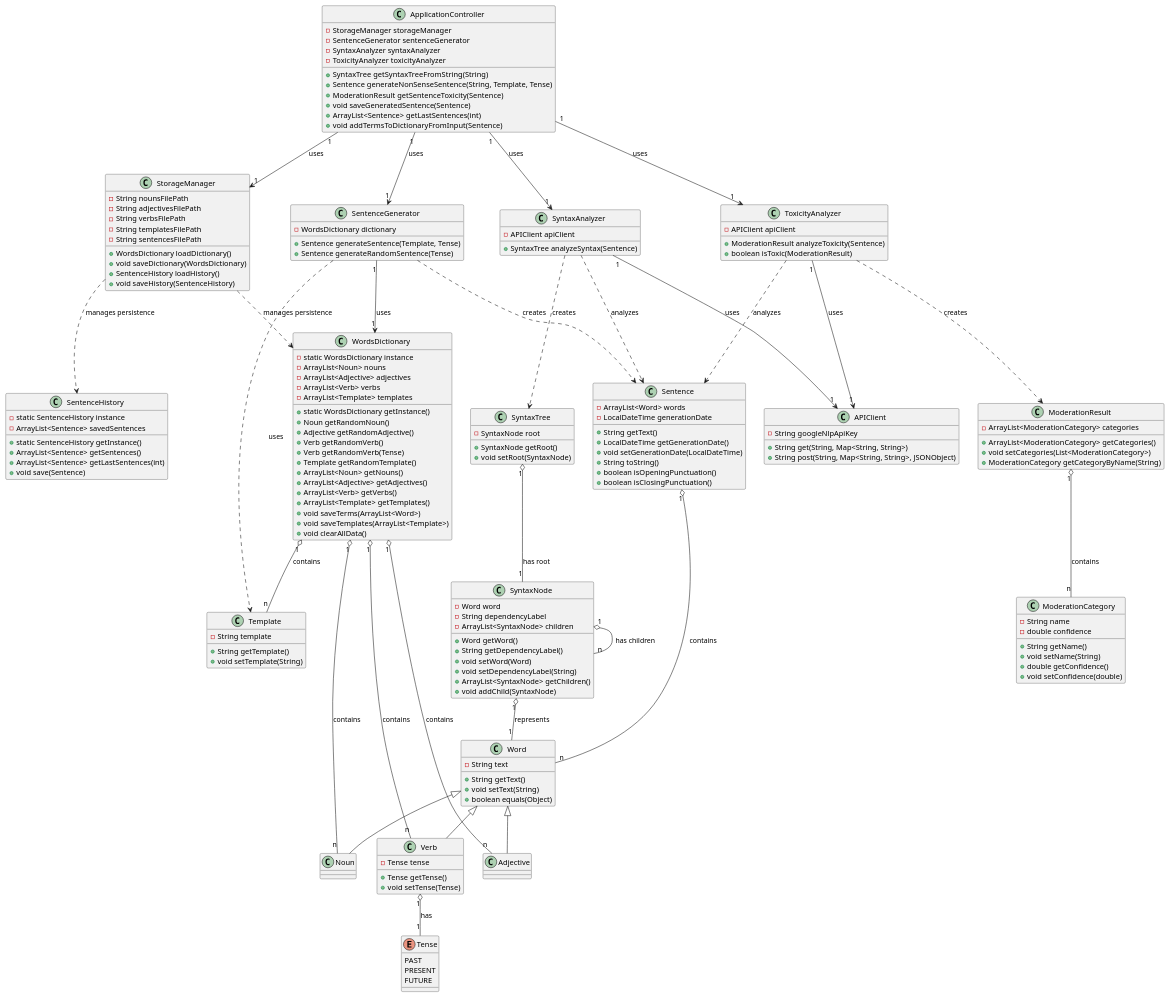
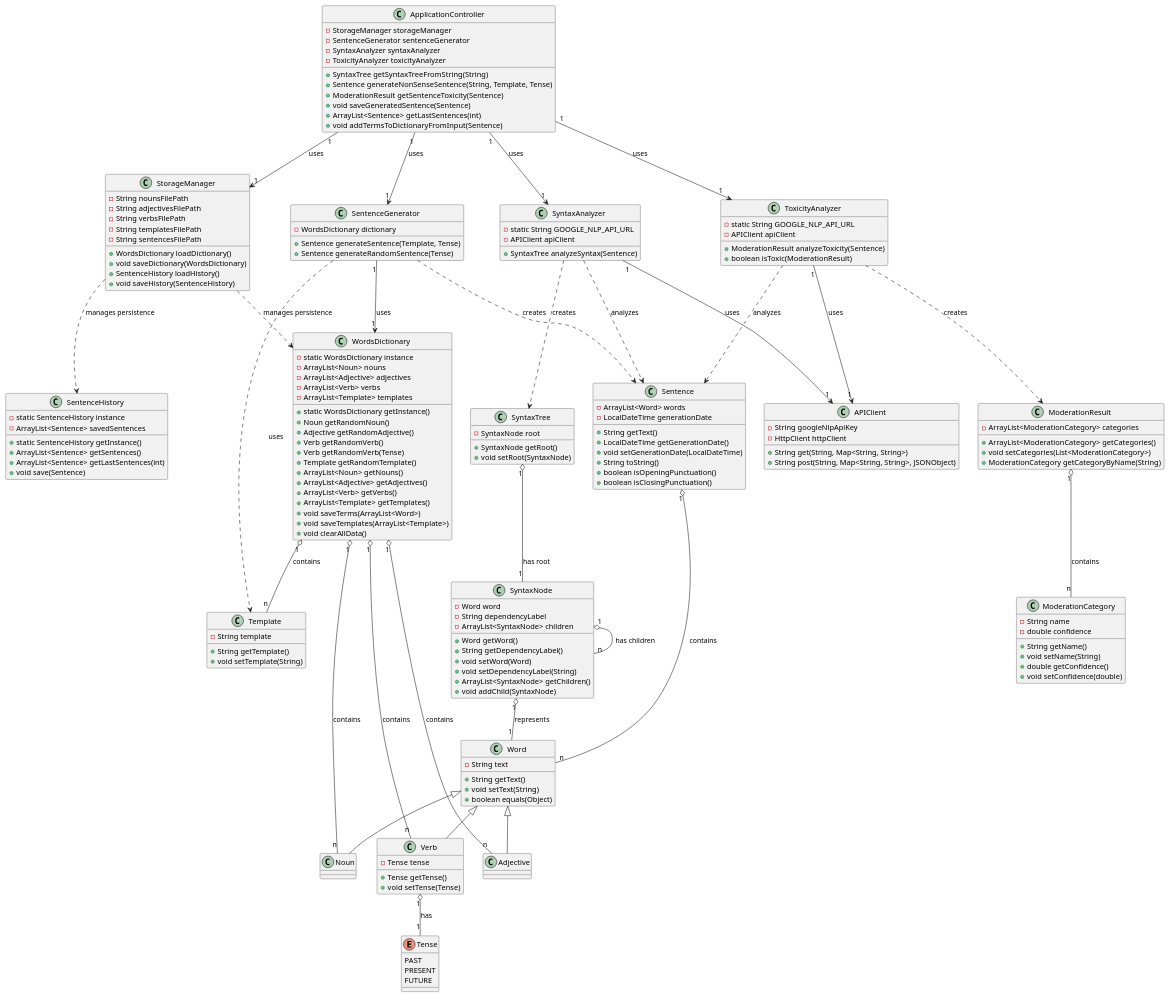
Before and after one commit to liamtoaldo/NonSenseGenerator: the diagram in docs/diagrams/classmodel.plantuml, drawn with PlantUML. The commit also changed 3 other files, not shown here.

```diff
--- a/docs/diagrams/classmodel.plantuml
+++ b/docs/diagrams/classmodel.plantuml
@@ -1,197 +1,200 @@
 @startuml
 
 class Sentence {
     -ArrayList<Word> words
     -LocalDateTime generationDate
     +String getText()
     +LocalDateTime getGenerationDate()
     +void setGenerationDate(LocalDateTime)
     +String toString()
     +boolean isOpeningPunctuation()
     +boolean isClosingPunctuation()
 }
 
 enum Tense {
     PAST
     PRESENT
     FUTURE
 }
 
 class Word {
     -String text
     +String getText()
     +void setText(String)
     +boolean equals(Object)
 }
 
 class Noun extends Word {
 }
 
 class Adjective extends Word {
 }
 
 class Verb extends Word {
     -Tense tense
     +Tense getTense()
     +void setTense(Tense)
 }
 
 class Template {
     -String template
     +String getTemplate()
     +void setTemplate(String)
 }
 
 ' WordsDictionary usa Design Pattern: Singleton
 class WordsDictionary {
     -static WordsDictionary instance
     -ArrayList<Noun> nouns
     -ArrayList<Adjective> adjectives
     -ArrayList<Verb> verbs
     -ArrayList<Template> templates
     +static WordsDictionary getInstance()
     +Noun getRandomNoun()
     +Adjective getRandomAdjective()
     +Verb getRandomVerb()
     +Verb getRandomVerb(Tense)
     +Template getRandomTemplate()
     +ArrayList<Noun> getNouns()
     +ArrayList<Adjective> getAdjectives()
     +ArrayList<Verb> getVerbs()
     +ArrayList<Template> getTemplates()
     +void saveTerms(ArrayList<Word>)
     +void saveTemplates(ArrayList<Template>)
     +void clearAllData()
 }
 
 ' SentenceHistory usa Design Pattern: Singleton
 class SentenceHistory {
     -static SentenceHistory instance
     -ArrayList<Sentence> savedSentences
     +static SentenceHistory getInstance()
     +ArrayList<Sentence> getSentences()
     +ArrayList<Sentence> getLastSentences(int)
     +void save(Sentence)
     
 }
 
 ' SentenceGenerator usa Design Pattern: Factory Method
 class SentenceGenerator {
     -WordsDictionary dictionary
     +Sentence generateSentence(Template, Tense)
     +Sentence generateRandomSentence(Tense)
 }
 
 ' StorageManager agisce come un Data Access Object (DAO) / Repository
 class StorageManager {
     -String nounsFilePath
     -String adjectivesFilePath
     -String verbsFilePath
     -String templatesFilePath
     -String sentencesFilePath
     +WordsDictionary loadDictionary()
     +void saveDictionary(WordsDictionary)
     +SentenceHistory loadHistory()
     +void saveHistory(SentenceHistory)
 }
 
 class APIClient {
     -String googleNlpApiKey
+    -HttpClient httpClient
     +String get(String, Map<String, String>)
     +String post(String, Map<String, String>, JSONObject)
 }
 
 ' SyntaxTree e SyntaxNode formano un pattern Composite
 class SyntaxTree {
     -SyntaxNode root
     +SyntaxNode getRoot()
     +void setRoot(SyntaxNode)
 }
 
 class SyntaxNode {
     -Word word
     -String dependencyLabel
     -ArrayList<SyntaxNode> children
     +Word getWord()
     +String getDependencyLabel()
     +void setWord(Word)
     +void setDependencyLabel(String)
     +ArrayList<SyntaxNode> getChildren()
     +void addChild(SyntaxNode)
 }
 
 class SyntaxAnalyzer {
+    -static String GOOGLE_NLP_API_URL
     -APIClient apiClient
     +SyntaxTree analyzeSyntax(Sentence)
 }
 
 class ModerationCategory {
     -String name
     -double confidence
     +String getName()
     +void setName(String)
     +double getConfidence()
     +void setConfidence(double)
 }
 
 class ModerationResult {
     -ArrayList<ModerationCategory> categories
     +ArrayList<ModerationCategory> getCategories()
     +void setCategories(List<ModerationCategory>)
     +ModerationCategory getCategoryByName(String)
 }
 
 class ToxicityAnalyzer {
+    -static String GOOGLE_NLP_API_URL
     -APIClient apiClient
     +ModerationResult analyzeToxicity(Sentence)
     +boolean isToxic(ModerationResult)
 }
 
 ' ApplicationController implementa il pattern Controller e il pattern Facade
 class ApplicationController {
     -StorageManager storageManager
     -SentenceGenerator sentenceGenerator
     -SyntaxAnalyzer syntaxAnalyzer
     -ToxicityAnalyzer toxicityAnalyzer
     +SyntaxTree getSyntaxTreeFromString(String)
     +Sentence generateNonSenseSentence(String, Template, Tense)
     +ModerationResult getSentenceToxicity(Sentence)
     +void saveGeneratedSentence(Sentence)
     +ArrayList<Sentence> getLastSentences(int)
     +void addTermsToDictionaryFromInput(Sentence)
 }
 
 Sentence "1" o-- "n" Word : contains 
 Verb "1" o-- "1" Tense : has 
 WordsDictionary "1" o-- "n" Noun : contains 
 WordsDictionary "1" o-- "n" Adjective : contains 
 WordsDictionary "1" o-- "n" Verb : contains 
 
 WordsDictionary "1" o-- "n" Template : contains 
 SentenceGenerator "1" --> "1" WordsDictionary : uses 
 SentenceGenerator ..> Template : uses 
 SentenceGenerator ..> Sentence : creates 
 
 SyntaxAnalyzer "1" --> "1" APIClient : uses
 SyntaxAnalyzer ..> Sentence : analyzes
 SyntaxAnalyzer ..> SyntaxTree : creates
 
 ToxicityAnalyzer "1" --> "1" APIClient : uses
 ToxicityAnalyzer ..> Sentence : analyzes
 ToxicityAnalyzer ..> ModerationResult : creates
 
 StorageManager ..> WordsDictionary : manages persistence
 StorageManager ..> SentenceHistory : manages persistence
 
 ModerationResult "1" o-- "n" ModerationCategory : contains
 
 SyntaxTree "1" o-- "1" SyntaxNode : has root
 SyntaxNode "1" o-- "1" Word : represents
 SyntaxNode "1" o-- "n" SyntaxNode : has children
 
 ApplicationController "1" --> "1" StorageManager : uses
 ApplicationController "1" --> "1" SentenceGenerator : uses
 ApplicationController "1" --> "1" SyntaxAnalyzer : uses
 ApplicationController "1" --> "1" ToxicityAnalyzer : uses
 
 @enduml
```
